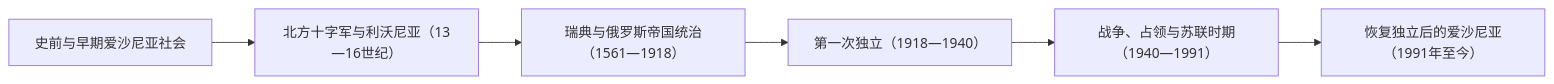
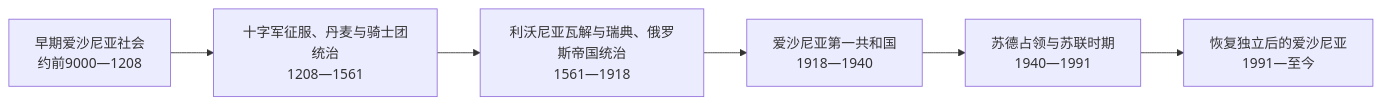
The diagram in 人文科学/历史/欧洲/波罗的海/爱沙尼亚/README.md (tianlan-dev/learning-notes), drawn with Mermaid before and after one commit. The commit also changed other lines of this file and 1417 other files, not shown here.

````diff
--- a/人文科学/历史/欧洲/波罗的海/爱沙尼亚/README.md
+++ b/人文科学/历史/欧洲/波罗的海/爱沙尼亚/README.md
@@ -13,8 +9,8 @@
 ```mermaid
 flowchart LR
-    Early["史前与早期爱沙尼亚社会"] --> Livonian["北方十字军与利沃尼亚（13—16世纪）"]
-    Livonian --> Empires["瑞典与俄罗斯帝国统治（1561—1918）"]
-    Empires --> FirstRepublic["第一次独立（1918—1940）"]
-    FirstRepublic --> Occupations["战争、占领与苏联时期（1940—1991）"]
-    Occupations --> Restored["恢复独立后的爱沙尼亚（1991年至今）"]
+    A["早期爱沙尼亚社会<br/>约前9000—1208"] --> B["十字军征服、丹麦与骑士团统治<br/>1208—1561"]
+    B --> C["利沃尼亚瓦解与瑞典、俄罗斯帝国统治<br/>1561—1918"]
+    C --> D["爱沙尼亚第一共和国<br/>1918—1940"]
+    D --> E["苏德占领与苏联时期<br/>1940—1991"]
+    E --> F["恢复独立后的爱沙尼亚<br/>1991—至今"]
 ```
````
